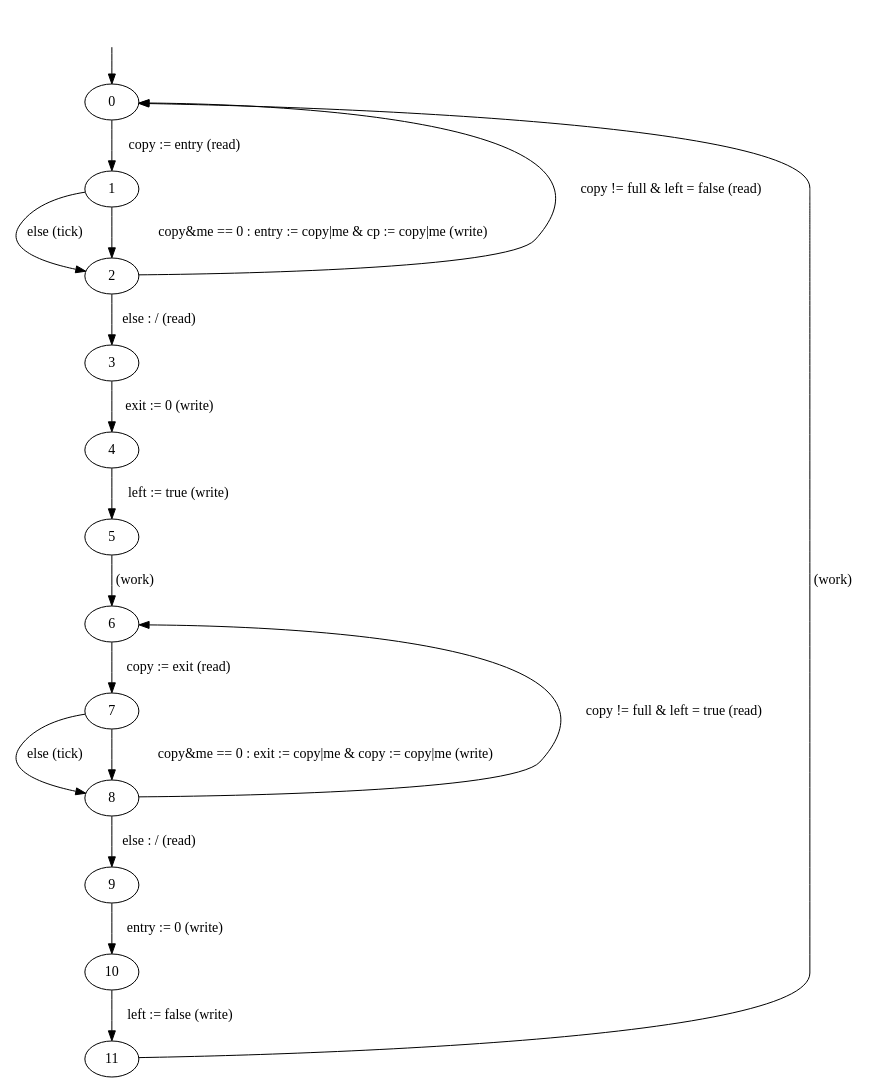
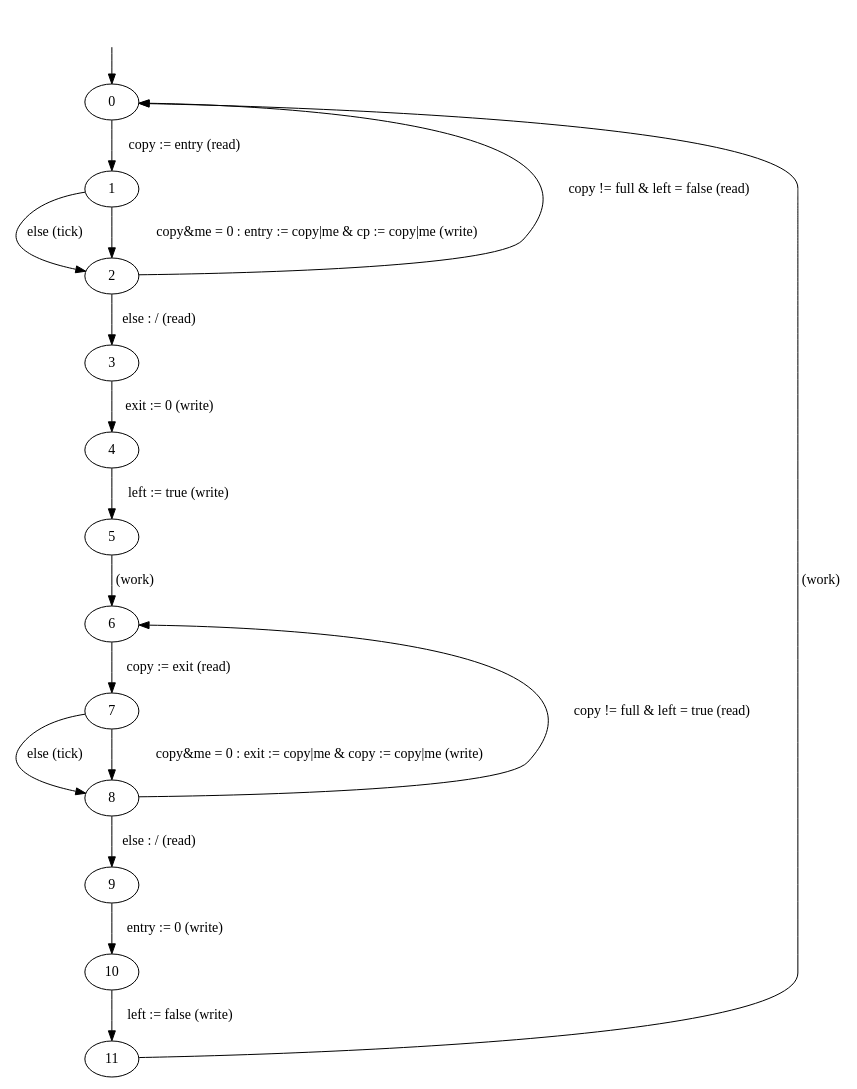
Before and after one commit to hydroo/minor-thesis-barriers: the diagram in report/images/ctmc.dot, drawn with Graphviz. The commit also changed 1 other file, not shown here.

```diff
--- a/report/images/ctmc.dot
+++ b/report/images/ctmc.dot
@@ -1,26 +1,26 @@
 digraph {
 	initial_state_source [style=invis]
 	initial_state_source -> "0"
 
 	"0" -> "1" [weight=10, label="copy := entry (read)"]
 	"1" -> "2" [label="else (tick)"]
-	"1" -> "2" [weight=10, label="copy&me == 0 : entry := copy|me & cp := copy|me (write)"]
+	"1" -> "2" [weight=10, label="copy&me = 0 : entry := copy|me & cp := copy|me (write)"]
 
 	"2" -> "0" [label="copy != full & left = false (read)"]
 	"2" -> "3" [weight=10, label="else : / (read)"]
 	"3" -> "4" [weight=10, label="exit := 0 (write)"]
 	"4" -> "5" [weight=10, label="left := true (write)"]
 
 	"5" -> "6" [weight=10, label="(work)"]
 
 	"6" -> "7" [weight=10, label="copy := exit (read)"]
 	"7" -> "8" [label="else (tick)"]
-	"7" -> "8" [weight=10, label="copy&me == 0 : exit := copy|me & copy := copy|me (write)"]
+	"7" -> "8" [weight=10, label="copy&me = 0 : exit := copy|me & copy := copy|me (write)"]
 
 	"8" -> "6" [label="copy != full & left = true (read)"]
 	"8" -> "9" [weight=10, label="else : / (read)"]
 	"9" -> "10" [weight=10, label="entry := 0 (write)"]
 	"10" -> "11" [weight=10, label="left := false (write)"]
 
 	"11" -> "0" [label="(work)"]
 }
```
